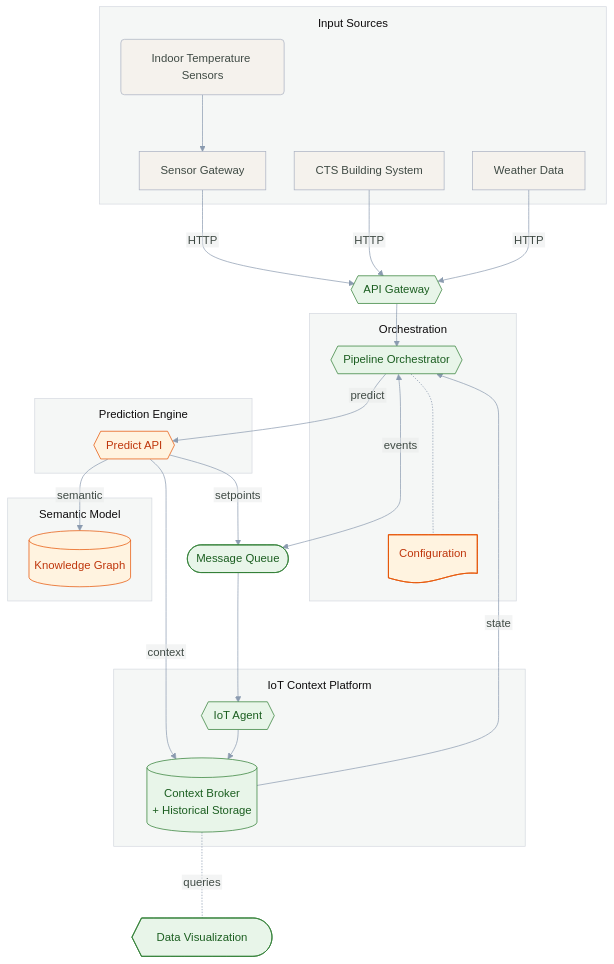
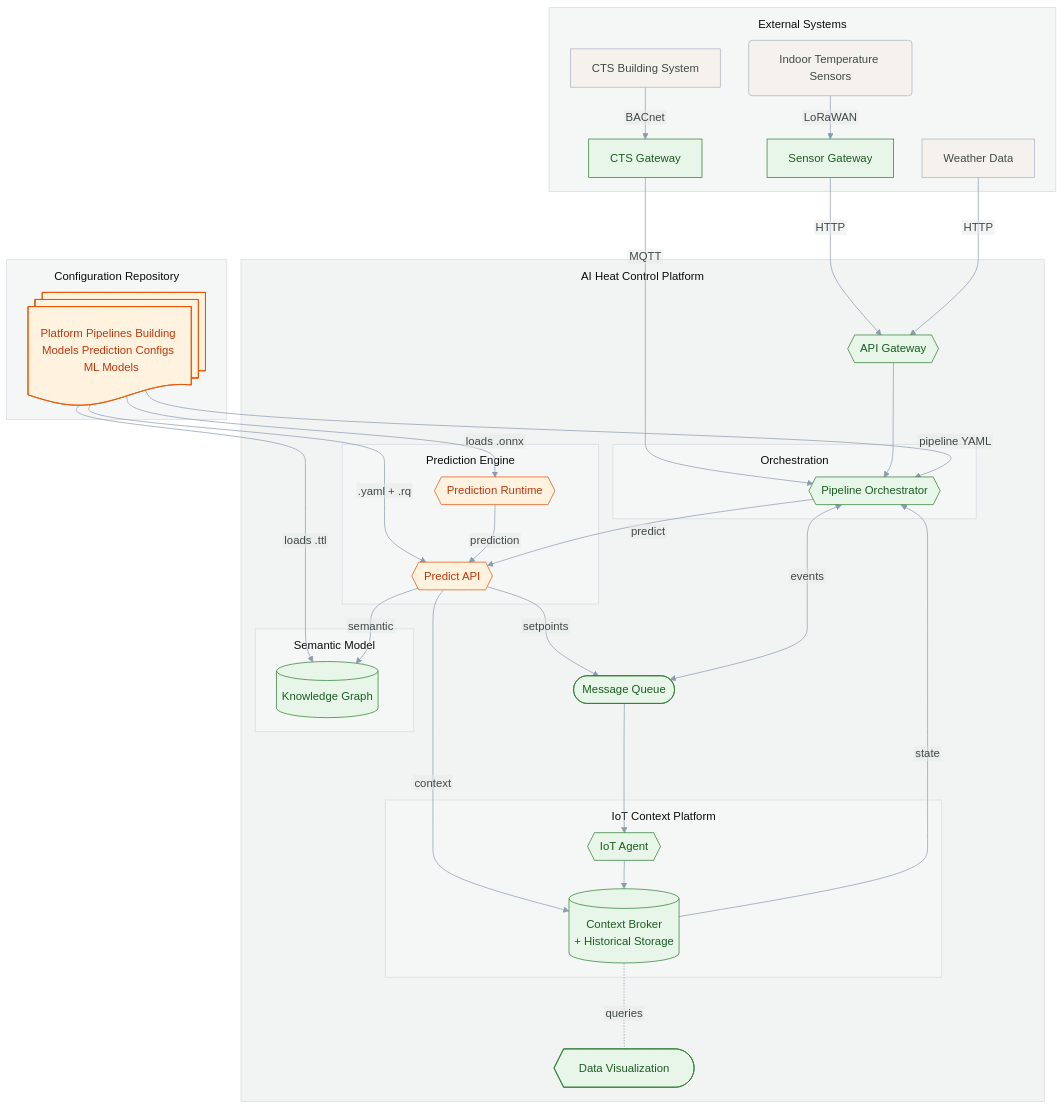
Before and after one commit to OS2sandbox/ai-heatcontrol: the second of 2 diagrams in docs/content/architecture.md, drawn with Mermaid. The commit also changed other lines of this file and 1 other file, not shown here.

Commit message:
feat(docs): add platform boundary, config repository and workflow section to architecture
- Group platform components inside an "AI Heat Control Platform" boundary
- Add Configuration Repository subgraph feeding pipelines, SPARQL, predictions
- Add Prediction Runtime component alongside Predict API
- Add CTS Gateway (BACnet→MQTT) and update data flow arrows
- Add "Configuration-driven workflow" section with 4 component cards
- Add Knowledge Graph, LoRaWAN Gateway and CTS Gateway cards
- Make legend shortcode labels configurable via parameters
- Restore grid to 3 columns and refine section prose

````diff
--- a/docs/content/architecture.md
+++ b/docs/content/architecture.md
@@ -50,64 +52,79 @@
 ```mermaid
 %%{init: {"theme": "base", "themeVariables": {"primaryColor": "#C8D5CE", "primaryTextColor": "#3F4A44", "primaryBorderColor": "#AAB1C2", "lineColor": "#8B9BB0", "secondaryColor": "#D7C1E3", "tertiaryColor": "#F2F4F3", "edgeLabelBackground": "#E8EAE9", "edgeLabelText": "#3F4A44"}, "flowchart": {"htmlLabels": false, "subGraphTitleMargin": {"top": 12, "bottom": 14}, "nodeSpacing": 40, "rankSpacing": 40}}}%%
 flowchart TB
     classDef oss fill:#e8f5e9,stroke:#2e7d32,color:#1b5e20
     classDef custom fill:#fff3e0,stroke:#e65100,color:#bf360c
-    subgraph INPUT["Input Sources"]
+
+    subgraph CFG["Configuration Repository"]
+        style CFG fill:#F5F7F6,stroke:#D5D9E0,stroke-width:1px,color:#3F4A44
+        CFG_CONFIGS@{ shape: docs, label: "Platform Pipelines Building Models Prediction Configs <br> ML Models" }
+    end
+
+    subgraph INPUT["External Systems"]
         style INPUT fill:#F5F7F6,stroke:#D5D9E0,stroke-width:1px,color:#3F4A44
         LORA("Indoor Temperature Sensors")
         GATEWAY["Sensor Gateway"]
         CTS["CTS Building System"]
+        CTS_GATEWAY["CTS Gateway"]
         WEATHER["Weather Data"]
         style LORA fill:#F5F2ED,color:#3F4A44
-        style GATEWAY fill:#F5F2ED,color:#3F4A44
         style CTS fill:#F5F2ED,color:#3F4A44
         style WEATHER fill:#F5F2ED,color:#3F4A44
     end
 
-    GW{{"API Gateway"}}
+    subgraph PLATFORM_BOUNDARY["AI Heat Control Platform"]
+        style PLATFORM_BOUNDARY fill:#F2F4F3
+        GW{{"API Gateway"}}
 
-    subgraph ORCH["Orchestration"]
-        style ORCH fill:#F5F7F6,stroke:#D5D9E0,stroke-width:1px,color:#3F4A44
-        PIPELINE{{Pipeline Orchestrator}}
-        CONFIG@{shape: doc, label: "Configuration"}
+        subgraph ORCH["Orchestration"]
+            style ORCH fill:#F5F7F6,stroke:#D5D9E0,stroke-width:1px,color:#3F4A44
+            PIPELINE{{Pipeline Orchestrator}}
+        end
+
+        subgraph FWARE["IoT Context Platform"]
+            style FWARE fill:#F5F7F6,stroke:#D5D9E0,stroke-width:1px,color:#3F4A44
+            IOT{{IoT Agent}}
+            BROKER[("Context Broker<br/>+ Historical Storage")]
+        end
+
+        subgraph SEMANTIC["Semantic Model"]
+            style SEMANTIC fill:#F5F7F6,stroke:#D5D9E0,stroke-width:1px,color:#3F4A44
+            SPARQL[("Knowledge Graph")]
+        end
+
+        subgraph PREDICT["Prediction Engine"]
+            style PREDICT fill:#F5F7F6,stroke:#D5D9E0,stroke-width:1px,color:#3F4A44
+            PREDICT_API{{"Predict API"}}
+            PREDICT_RUNTIME{{"Prediction Runtime"}}
+        end
+
+        NATS(["Message Queue"])
+
+        GRAFANA@{shape: curv-trap, label: "Data Visualization"}
     end
 
-    subgraph FWARE["IoT Context Platform"]
-        style FWARE fill:#F5F7F6,stroke:#D5D9E0,stroke-width:1px,color:#3F4A44
-        IOT{{IoT Agent}}
-        BROKER[("Context Broker<br/>+ Historical Storage")]
-    end
-
-    subgraph SEMANTIC["Semantic Model"]
-        style SEMANTIC fill:#F5F7F6,stroke:#D5D9E0,stroke-width:1px,color:#3F4A44
-        SPARQL[("Knowledge Graph")]
-    end
-
-    subgraph PREDICT["Prediction Engine"]
-        style PREDICT fill:#F5F7F6,stroke:#D5D9E0,stroke-width:1px,color:#3F4A44
-        PREDICT_API{{"Predict API"}}
-    end
-
-    NATS(["Message Queue"])
-
-    GRAFANA@{shape: curv-trap, label: "Data Visualization"}
-
-    LORA ---> GATEWAY
+    LORA -->|LoRaWAN| GATEWAY
     GATEWAY --->|HTTP| GW
-    CTS --->|HTTP| GW
+    CTS -->|BACnet| CTS_GATEWAY
+    CTS_GATEWAY -->|MQTT| PIPELINE
     WEATHER --->|HTTP| GW
     GW --> PIPELINE
-    PIPELINE -..- CONFIG
+    CFG_CONFIGS -->|pipeline YAML| PIPELINE
+    CFG_CONFIGS -->|loads .ttl| SPARQL
+    CFG_CONFIGS -->|.yaml + .rq| PREDICT_API
+    CFG_CONFIGS -->|loads .onnx| PREDICT_RUNTIME
+    PREDICT_RUNTIME -->|prediction| PREDICT_API
     PIPELINE -->|predict| PREDICT_API
     PREDICT_API -->|semantic| SPARQL
     PREDICT_API -->|context| BROKER
     PREDICT_API -->|setpoints| NATS
     PIPELINE <--->|events| NATS
     NATS ---> IOT
     IOT --> BROKER
     BROKER -->|state| PIPELINE
     BROKER <-..-|queries| GRAFANA
 
-    class GW,PIPELINE,IOT,BROKER,NATS,GRAFANA oss
-    class CONFIG,SPARQL,PREDICT_API custom
+    class GW,PIPELINE,IOT,BROKER,NATS,GRAFANA,SPARQL,GATEWAY,CTS_GATEWAY oss
+    class PREDICT_API,PREDICT_RUNTIME custom
+    class CFG_CONFIGS custom
 ```
````
